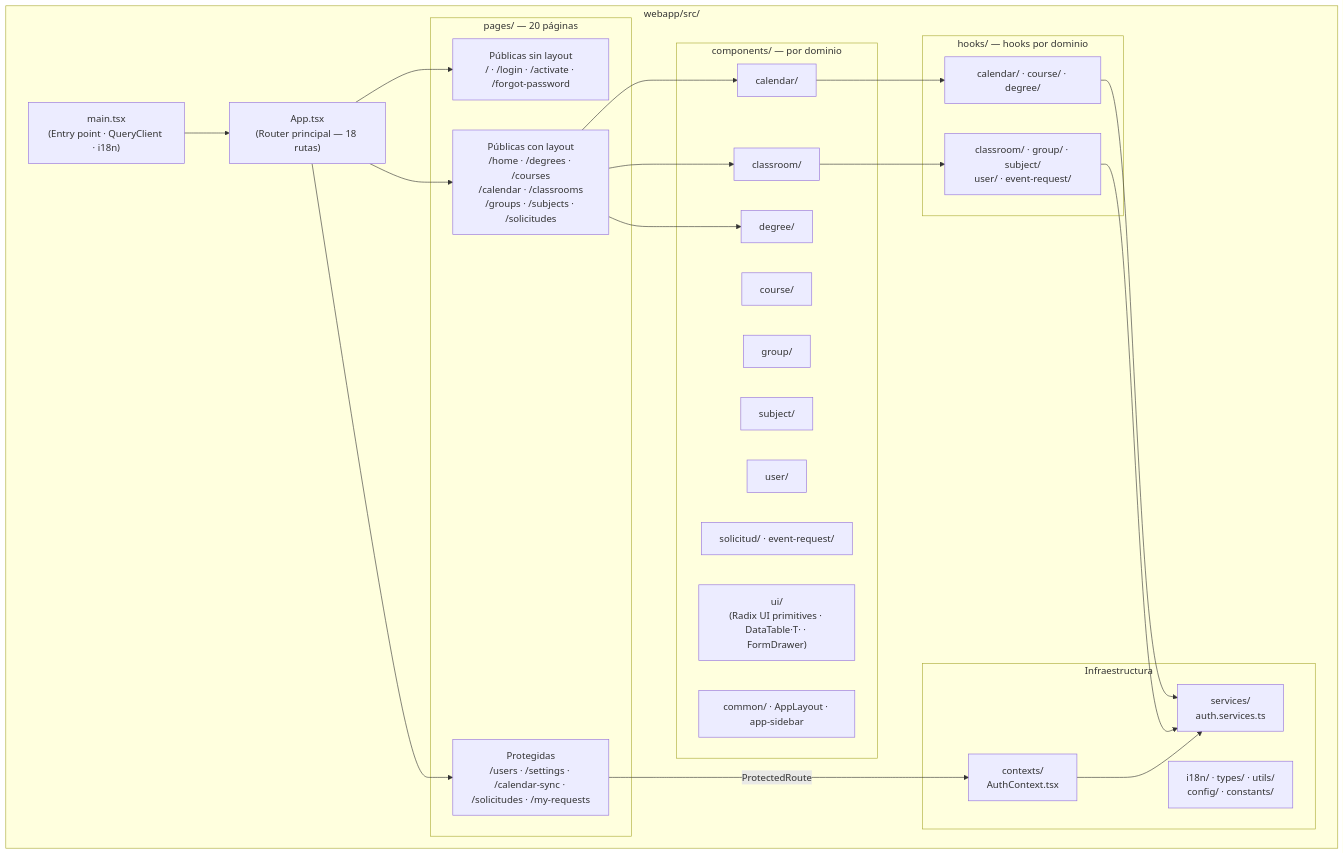
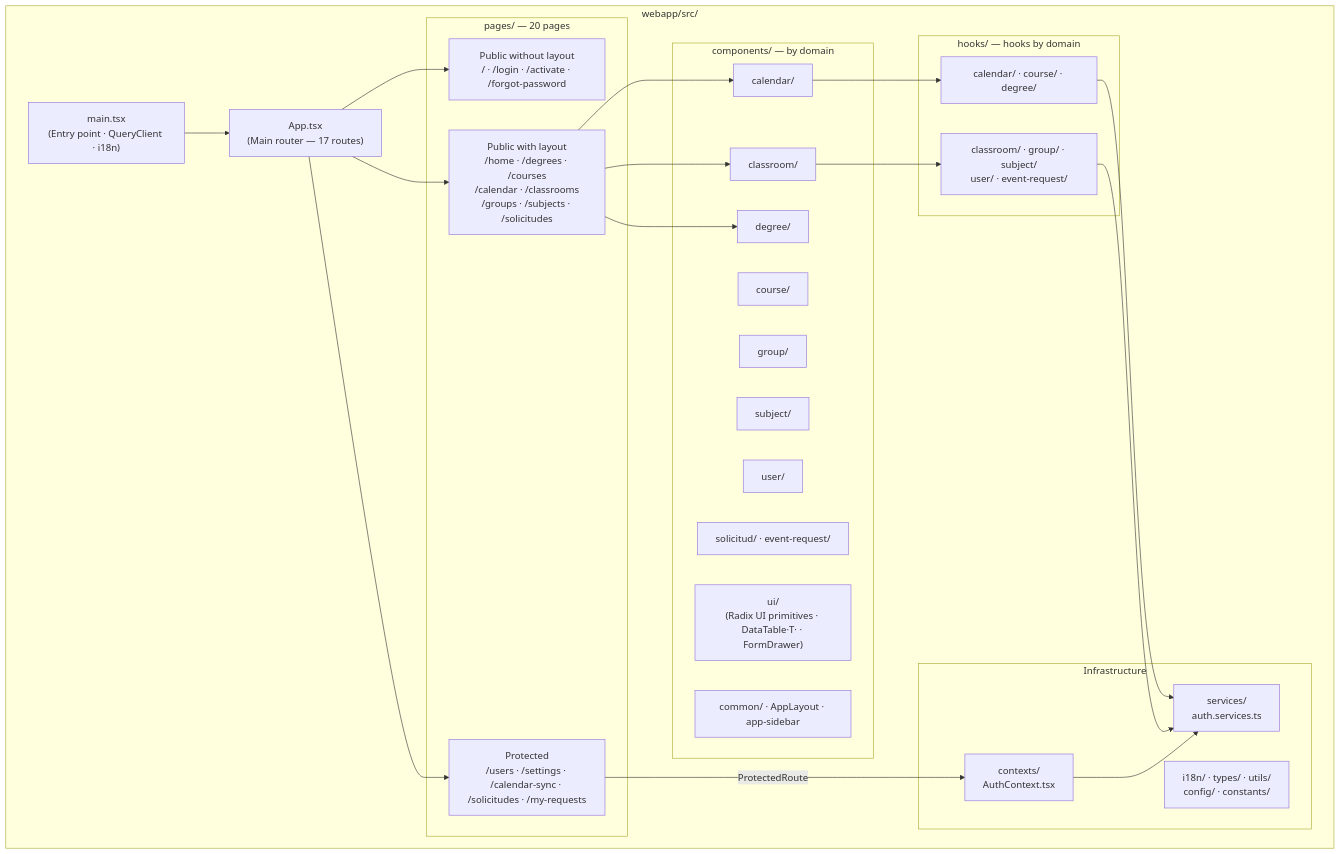
The first of 3 diagrams in docs/capitulo6_implementacion.md (Murias10/TeachingPlanner), drawn with Mermaid before and after one commit. The commit also changed other lines of this file and 2 other files, not shown here.

````diff
--- a/docs/capitulo6_implementacion.md
+++ b/docs/capitulo6_implementacion.md
@@ -15,51 +15,51 @@
 ```mermaid
 graph TD
     subgraph "webapp/src/"
-        APP["App.tsx\n(Router principal — 18 rutas)"]
+        APP["App.tsx\n(Main router — 17 routes)"]
         MAIN["main.tsx\n(Entry point · QueryClient · i18n)"]
 
-        subgraph "pages/ — 20 páginas"
-            PUB["Públicas sin layout\n/ · /login · /activate · /forgot-password"]
-            LAYOUT_PUB["Públicas con layout\n/home · /degrees · /courses\n/calendar · /classrooms\n/groups · /subjects · /solicitudes"]
-            LAYOUT_PROT["Protegidas\n/users · /settings · /calendar-sync · /solicitudes · /my-requests"]
+        subgraph "pages/ — 20 pages"
+            PUB["Public without layout\n/ · /login · /activate · /forgot-password"]
+            LAYOUT_PUB["Public with layout\n/home · /degrees · /courses\n/calendar · /classrooms\n/groups · /subjects · /solicitudes"]
+            LAYOUT_PROT["Protected\n/users · /settings · /calendar-sync · /solicitudes · /my-requests"]
         end
 
-        subgraph "components/ — por dominio"
+        subgraph "components/ — by domain"
             COMP_CAL["calendar/"]
             COMP_CLASS["classroom/"]
             COMP_COURSE["course/"]
             COMP_DEG["degree/"]
             COMP_GRP["group/"]
             COMP_SUBJ["subject/"]
             COMP_USR["user/"]
             COMP_SOL["solicitud/ · event-request/"]
             COMP_UI["ui/\n(Radix UI primitives · DataTable·T· · FormDrawer)"]
             COMP_CMN["common/ · AppLayout · app-sidebar"]
         end
 
-        subgraph "hooks/ — hooks por dominio"
+        subgraph "hooks/ — hooks by domain"
             H_CAL["calendar/ · course/ · degree/"]
             H_REST["classroom/ · group/ · subject/\nuser/ · event-request/"]
         end
 
-        subgraph "Infraestructura"
+        subgraph "Infrastructure"
             CTX["contexts/\nAuthContext.tsx"]
             SVC["services/\nauth.services.ts"]
             I18N["i18n/ · types/ · utils/\nconfig/ · constants/"]
         end
     end
 
     MAIN --> APP
     APP --> PUB
     APP --> LAYOUT_PUB
     APP --> LAYOUT_PROT
     LAYOUT_PROT -->|"ProtectedRoute"| CTX
     LAYOUT_PUB --> COMP_CAL
     LAYOUT_PUB --> COMP_CLASS
     LAYOUT_PUB --> COMP_DEG
     COMP_CAL --> H_CAL
     COMP_CLASS --> H_REST
     H_CAL --> SVC
     H_REST --> SVC
     CTX --> SVC
 ```
````
